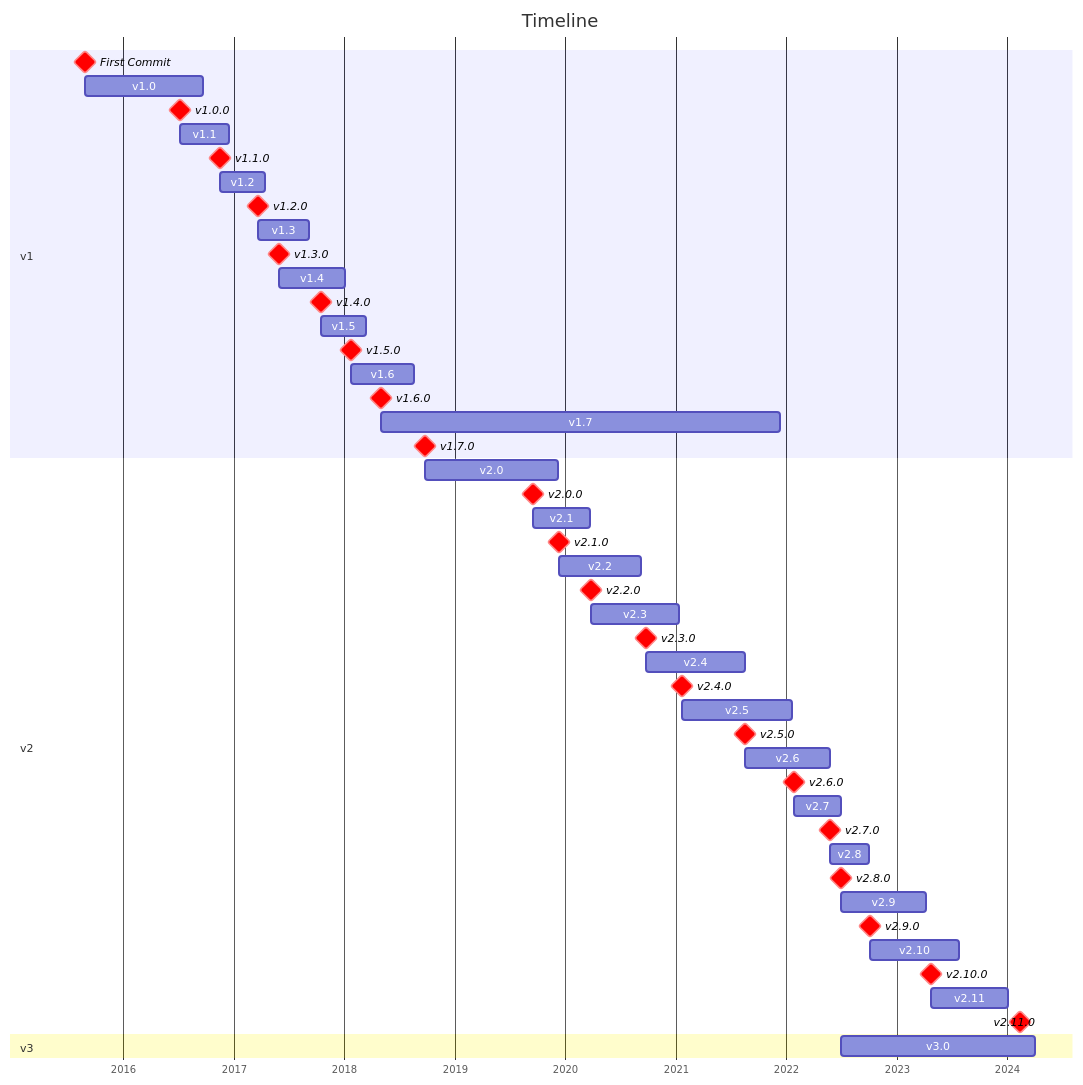
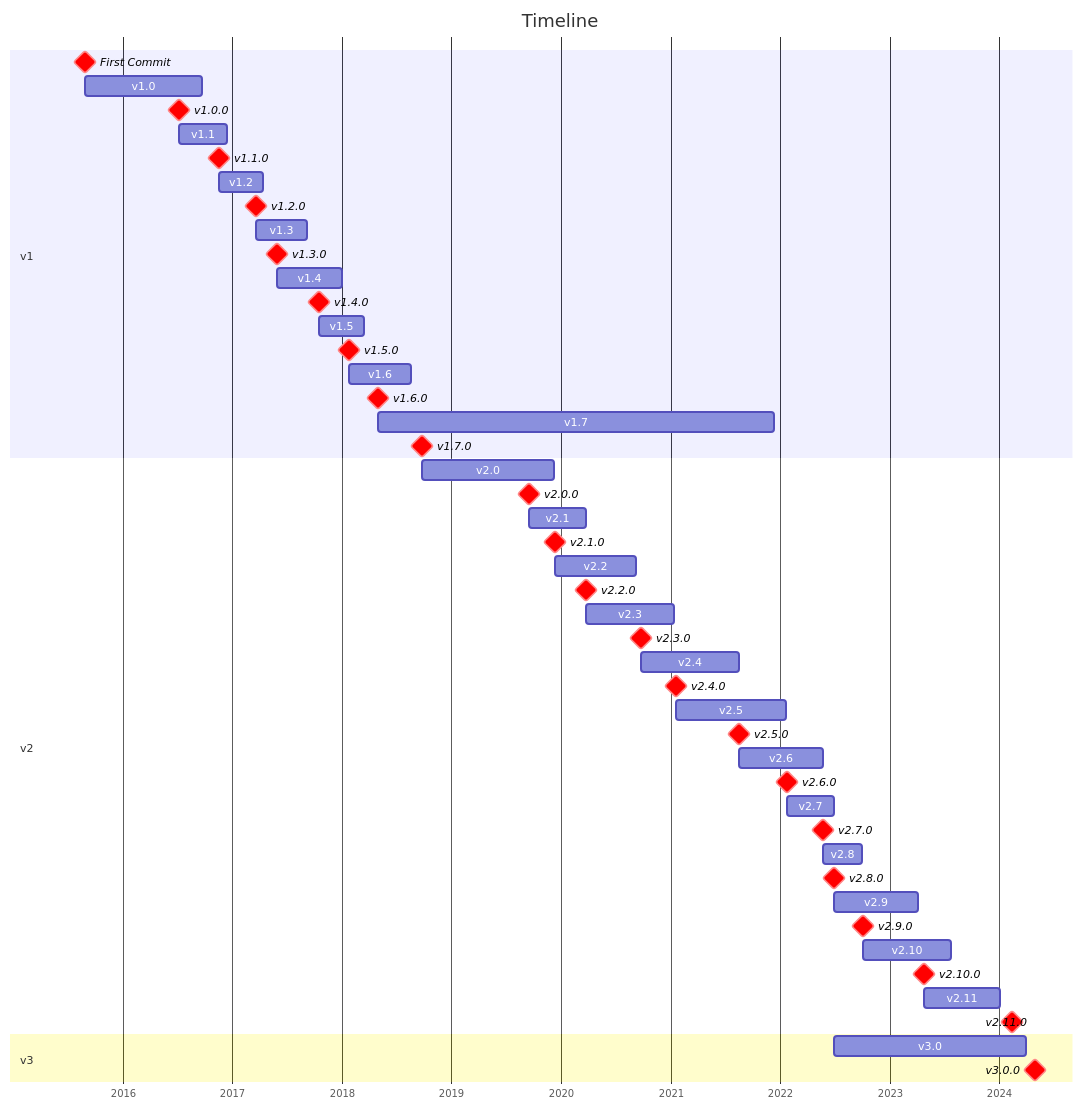
Before and after one commit to traefik-contrib/traefik-history: the first of 22 diagrams in readme.md, drawn with Mermaid. The commit also changed other lines of this file, not shown here.

````diff
--- a/readme.md
+++ b/readme.md
@@ -17,55 +17,56 @@
 ```mermaid
 gantt
     title Timeline
     todayMarker off
     tickInterval 1year
     axisFormat %Y
     dateFormat YYYY-MM-DD HH:mm:ss
     section v1
         First Commit: crit, milestone, m1, 2015-08-28 18:09:22, 0d
         v1.0: after m1, 2016-09-22 15:00:43
         v1.0.0: crit, milestone, v10, 2016-07-06 01:09:33, 0d
         v1.1: after v10, 2016-12-15 11:13:30
         v1.1.0: crit, milestone, v11, 2016-11-17 22:41:11, 0d
         v1.2: after v11, 2017-04-13 21:09:40
         v1.2.0: crit, milestone, v12, 2017-03-21 10:37:24, 0d
         v1.3: after v12, 2017-09-07 22:04:03
         v1.3.0: crit, milestone, v13, 2017-05-31 10:11:16, 0d
         v1.4: after v13, 2018-01-02 12:54:03
         v1.4.0: crit, milestone, v14, 2017-10-16 18:42:03, 0d
         v1.5: after v14, 2018-03-15 14:26:03
         v1.5.0: crit, milestone, v15, 2018-01-23 17:34:04, 0d
         v1.6: after v15, 2018-08-20 14:46:02
         v1.6.0: crit, milestone, v16, 2018-04-30 23:20:05, 0d
         v1.7: after v16, 2021-12-10 17:54:05
         v1.7.0: crit, milestone, v17, 2018-09-24 11:44:03, 0d
 
     section v2
         v2.0: after v17, 2019-12-09 18:34:04
         v2.0.0: crit, milestone, v20, 2019-09-16 18:28:04, 0d
         v2.1: after v20, 2020-03-23 17:40:04
         v2.1.0: crit, milestone, v21, 2019-12-11 18:40:04, 0d
         v2.2: after v21, 2020-09-07 16:00:03
         v2.2.0: crit, milestone, v22, 2020-03-25 17:46:04, 0d
         v2.3: after v22, 2021-01-11 18:48:03
         v2.3.0: crit, milestone, v23, 2020-09-23 12:44:04, 0d
         v2.4: after v23, 2021-08-16 17:26:14
         v2.4.0: crit, milestone, v24, 2021-01-19 16:50:04, 0d
         v2.5: after v24, 2022-01-20 17:08:07
         v2.5.0: crit, milestone, v25, 2021-08-17 18:04:05, 0d
         v2.6: after v25, 2022-05-24 16:14:08
         v2.6.0: crit, milestone, v26, 2022-01-24 17:58:04, 0d
         v2.7: after v26, 2022-06-29 15:44:08
         v2.7.0: crit, milestone, v27, 2022-05-24 18:58:08, 0d
         v2.8: after v27, 2022-09-30 12:03:03
         v2.8.0: crit, milestone, v28, 2022-06-29 17:38:37, 0d
         v2.9: after v28, 2023-04-06 18:10:03
         v2.9.0: crit, milestone, v29, 2022-10-03 16:17:58, 0d
         v2.10: after v29, 2023-07-24 16:44:05
         v2.10.0: crit, milestone, v210, 2023-04-24 15:38:05, 0d
         v2.11: after v210, 2024-01-03 11:12:05
         v2.11.0: crit, milestone, v211, 2024-02-12 16:14:04, 0d
 
     section v3
         v3.0: after v28, 2024-04-01 00:00:00
+        v3.0.0: crit, milestone, v30, 2024-04-29 16:06:04, 0d
 ```
````
